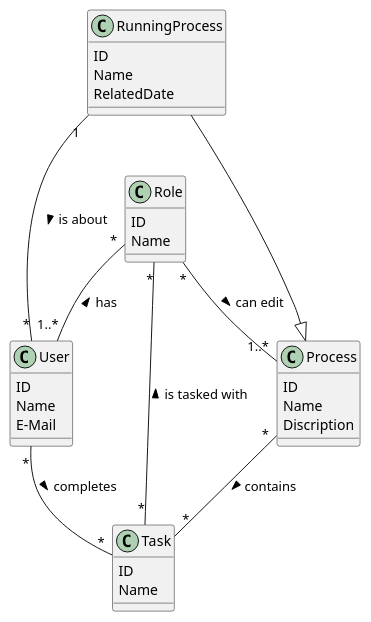
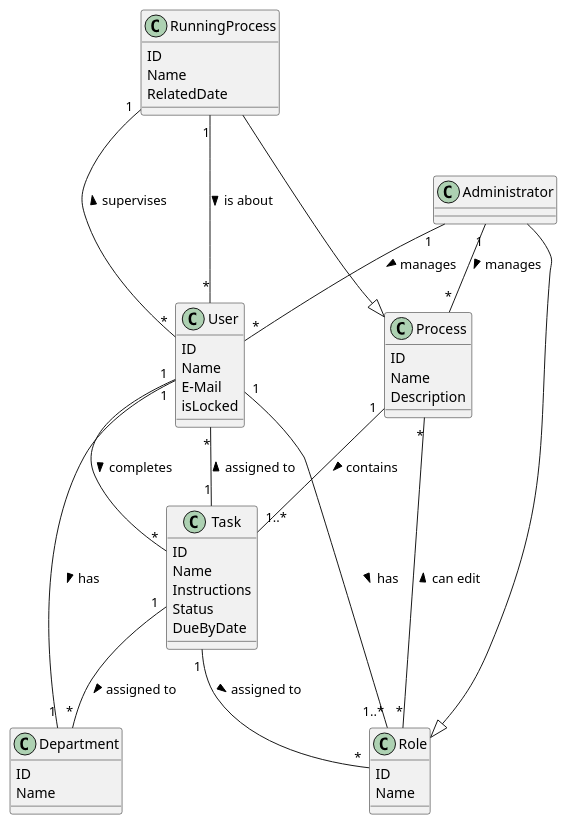
The diagram in domänenmodell.puml (wowtamz/web-onboarding), drawn with PlantUML before and after one commit.

```diff
--- a/domänenmodell.puml
+++ b/domänenmodell.puml
@@ -1,42 +1,67 @@
 @startuml
-
+      
       class Role {
             ID
             Name           
       }
 
       class User {
             ID
             Name
             E-Mail
+            isLocked
 
       }
+
+      class Administrator {}
       
       class Process{
             ID
             Name
-            Discription      
+            Description
       }
+
 
       class RunningProcess{
             ID
             Name
-            RelatedDate       
+            RelatedDate
       }
 
       class Task {
             ID
             Name
+            Instructions
+            Status
+            DueByDate
+            
       }
 
-      Role "*" -- "1..*" User : < has 
-      Role "*" -- "1..*" Process : > can edit
-      Process "*" -- "*" Task : > contains
+      class Department {
+            ID
+            Name
+      }
+
+      User "1" -- "1..*" Role : > has
+      User "1" -- "1" Department : > has
+      User "1" -- "*" Task : > completes
+      
+      Administrator ---|> Role
+      Administrator "1" -- "*" Process : > manages
+      Administrator "1" -- "*" User : > manages
+
+      Process "*" -- "*" Role : < can edit
+      Process "1" -- "1..*" Task : > contains
+      
+      RunningProcess "1" -- "*" User :< supervises
+      RunningProcess "1" -- "*" User :> is about
       RunningProcess ---|> Process
-      User "*" -- "*" Task : > completes
-      Task "*" -- "*" Role : > is tasked with
-      RunningProcess "1" -- "*" User :> is about
+
+      Task "1" -- "*" User : > assigned to
+      Task "1" -- "*" Role : > assigned to
+      Task "1" -- "*" Department : > assigned to
+
 
 
 
 @enduml
```
